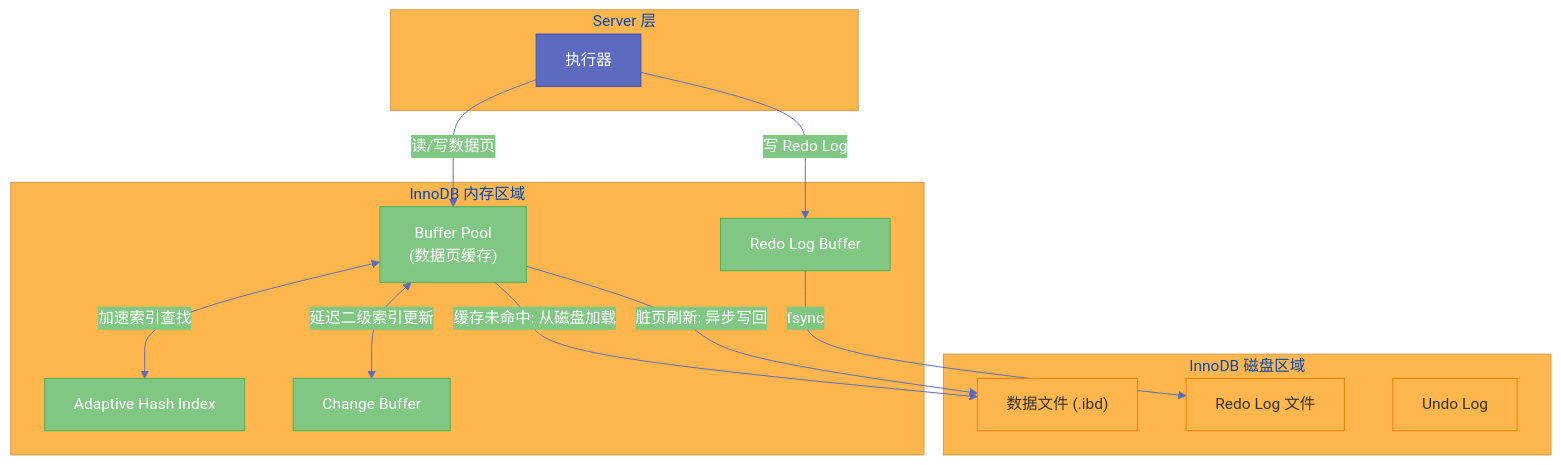
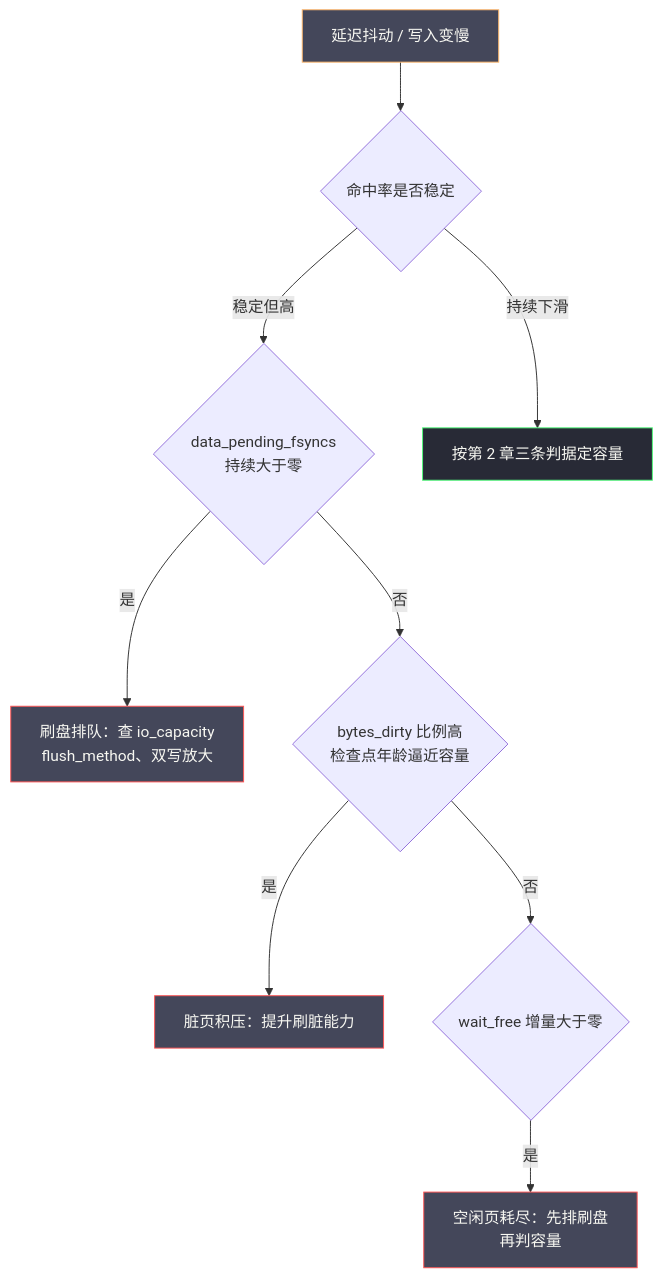
The third of 5 diagrams in content/中间件/MySQL/MySQL架构与底层原理/02 InnoDB Buffer Pool——内存与磁盘之间的桥梁.md (hpliStartAgain/my-brain), drawn with Mermaid before and after one commit. The commit also changed other lines of this file and 455 other files, not shown here.

````diff
--- a/content/中间件/MySQL/MySQL架构与底层原理/02 InnoDB Buffer Pool——内存与磁盘之间的桥梁.md
+++ b/content/中间件/MySQL/MySQL架构与底层原理/02 InnoDB Buffer Pool——内存与磁盘之间的桥梁.md
@@ -50,36 +252,19 @@
 ```mermaid
-%%{init: {'theme': 'base', 'themeVariables': {'primaryColor': '#4A90D9', 'primaryTextColor': '#fff', 'primaryBorderColor': '#2A6CB8', 'lineColor': '#5C6BC0', 'secondaryColor': '#81C784', 'tertiaryColor': '#FFB74D'}}}%%
+%%{init: {'theme': 'dracula'}}%%
 graph TD
-    subgraph "Server 层"
-        E["执行器"]
-    end
+    S["延迟抖动 / 写入变慢"] --> A{"命中率是否稳定"}
+    A -->|"稳定但高"| B{"data_pending_fsyncs<br/>持续大于零"}
+    B -->|"是"| C["刷盘排队：查 io_capacity<br/>flush_method、双写放大"]
+    B -->|"否"| D{"bytes_dirty 比例高<br/>检查点年龄逼近容量"}
+    D -->|"是"| E["脏页积压：提升刷脏能力"]
+    D -->|"否"| F{"wait_free 增量大于零"}
+    F -->|"是"| G["空闲页耗尽：先排刷盘<br/>再判容量"]
+    A -->|"持续下滑"| H["按第 2 章三条判据定容量"]
 
-    subgraph "InnoDB 内存区域"
-        BP["Buffer Pool</br>(数据页缓存)"]
-        RLB["Redo Log Buffer"]
-        AHI["Adaptive Hash Index"]
-        CL["Change Buffer"]
-    end
-
-    subgraph "InnoDB 磁盘区域"
-        DF["数据文件 (.ibd)"]
-        RL["Redo Log 文件"]
-        UL["Undo Log"]
-    end
-
-    E -->|"读/写数据页"| BP
-    BP -->|"缓存未命中: 从磁盘加载"| DF
-    BP -->|"脏页刷新: 异步写回"| DF
-    E -->|"写 Redo Log"| RLB
-    RLB -->|"fsync"| RL
-    BP <-->|"加速索引查找"| AHI
-    BP <-->|"延迟二级索引更新"| CL
-
-    classDef server fill:#5C6BC0,stroke:#3F51B5,color:#fff
-    classDef memory fill:#81C784,stroke:#4CAF50,color:#fff
-    classDef disk fill:#FFB74D,stroke:#F57C00,color:#333
-
-    class E server
-    class BP,RLB,AHI,CL memory
-    class DF,RL,UL disk
+    classDef sym fill:#44475a,stroke:#ffb86c,color:#f8f8f2
+    classDef cause fill:#44475a,stroke:#ff5555,color:#f8f8f2
+    classDef plan fill:#282a36,stroke:#50fa7b,color:#f8f8f2
+    class S sym
+    class C,E,G cause
+    class H plan
 ```
````
